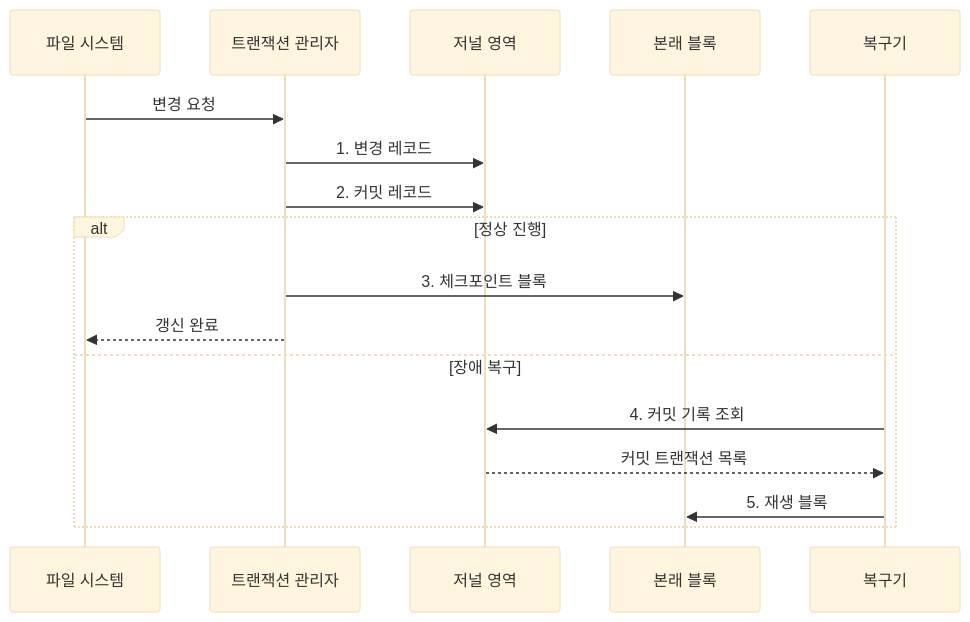
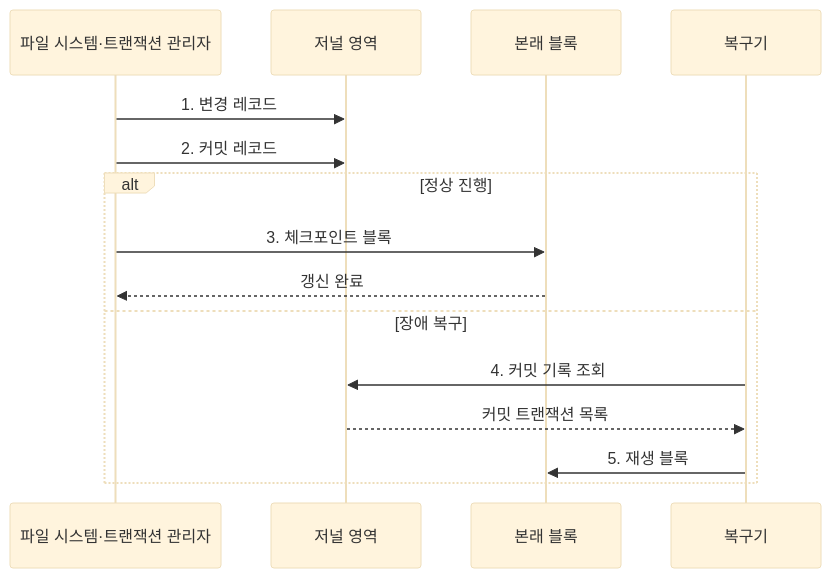
One commit to agnusdei1207/knowledge-base changed the second of 2 diagrams in src/content/docs/notes/03-software/021_file_system_journaling.md. Above: the diagram before and after it, drawn with Mermaid (base theme). The commit also changed 8 other files, not shown here.

Commit message:
Focus software system diagrams

````diff
--- a/src/content/docs/notes/03-software/021_file_system_journaling.md
+++ b/src/content/docs/notes/03-software/021_file_system_journaling.md
@@ -109,19 +109,17 @@
 ```mermaid
 sequenceDiagram
-    participant F as 파일 시스템
-    participant T as 트랜잭션 관리자
+    participant F as 파일 시스템·트랜잭션 관리자
     participant J as 저널 영역
     participant H as 본래 블록
     participant R as 복구기
-    F->>T: 변경 요청
-    T->>J: 1. 변경 레코드
-    T->>J: 2. 커밋 레코드
+    F->>J: 1. 변경 레코드
+    F->>J: 2. 커밋 레코드
     alt 정상 진행
-        T->>H: 3. 체크포인트 블록
-        T-->>F: 갱신 완료
+        F->>H: 3. 체크포인트 블록
+        H-->>F: 갱신 완료
     else 장애 복구
         R->>J: 4. 커밋 기록 조회
         J-->>R: 커밋 트랜잭션 목록
         R->>H: 5. 재생 블록
     end
 ```
````
